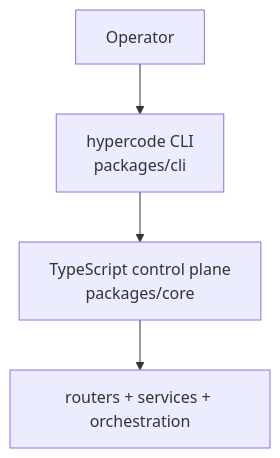
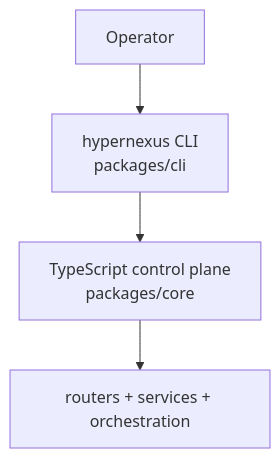
One commit to candlestixxx/hyperNexus changed the third of 7 diagrams in docs/PROJECT_STRUCTURE.md. Above: the diagram before and after it, drawn with Mermaid. The commit also changed other lines of this file and 1329 other files, not shown here.

````diff
--- a/docs/PROJECT_STRUCTURE.md
+++ b/docs/PROJECT_STRUCTURE.md
@@ -245,12 +245,12 @@
 ```mermaid
 flowchart TD
     User["Operator"]
-    CLI["hypercode CLI\npackages/cli"]
-    CLI["hypercode CLI\npackages/cli"]
+    CLI["hypernexus CLI\npackages/cli"]
+    CLI["hypernexus CLI\npackages/cli"]
     CORE["TypeScript control plane\npackages/core"]
     Services["routers + services + orchestration"]
 
     User --> CLI
     CLI --> CORE
     CORE --> Services
 ```
````
